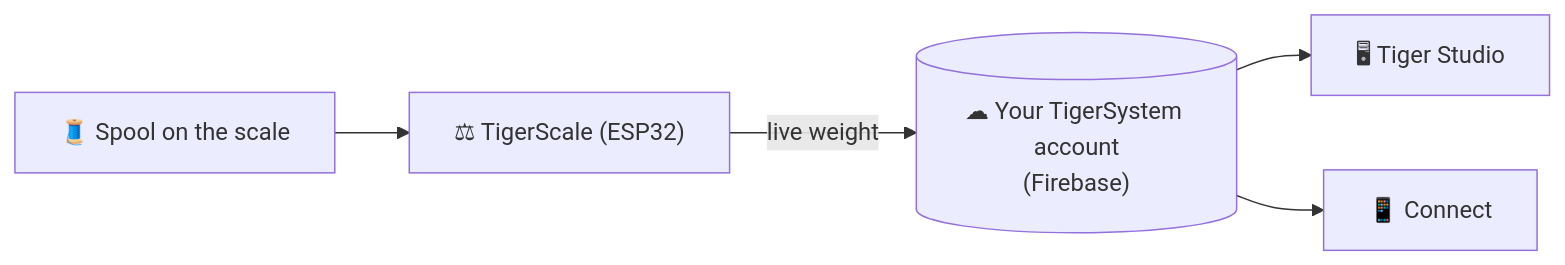
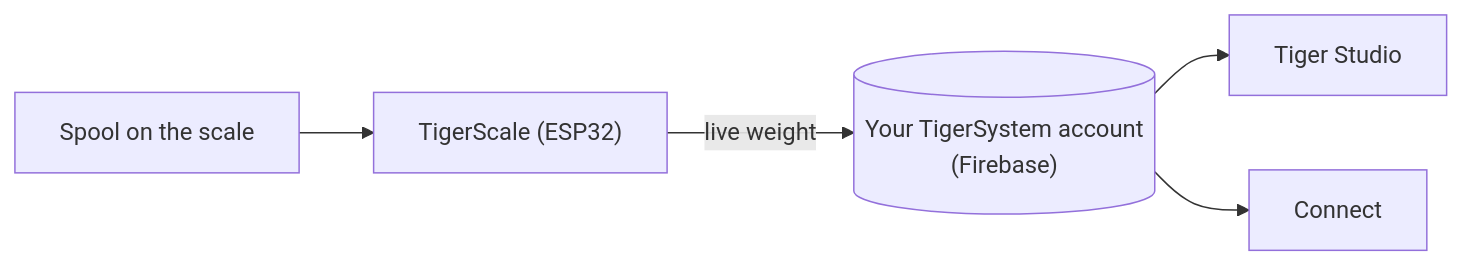
The diagram in docs/products/tigerscale.md (TigerTag-Project/TigerSystem-Docs), drawn with Mermaid before and after one commit. The commit also changed other lines of this file and 56 other files, not shown here.

````diff
--- a/docs/products/tigerscale.md
+++ b/docs/products/tigerscale.md
@@ -17,6 +17,6 @@
 ```mermaid
 flowchart LR
-    SPOOL["🧵 Spool on the scale"] --> SCALE["⚖ TigerScale (ESP32)"]
-    SCALE -- "live weight" --> CLOUD[("☁ Your TigerSystem account<br/>(Firebase)")]
-    CLOUD --> ST["🖥 Tiger Studio"] & CO["📱 Connect"]
+  SPOOL["Spool on the scale"] --> SCALE["TigerScale (ESP32)"]
+  SCALE -- "live weight" --> CLOUD[("Your TigerSystem account<br/>(Firebase)")]
+  CLOUD --> ST["Tiger Studio"] & CO["Connect"]
 ```
````
